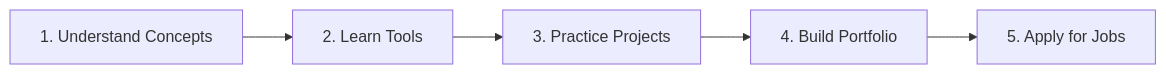
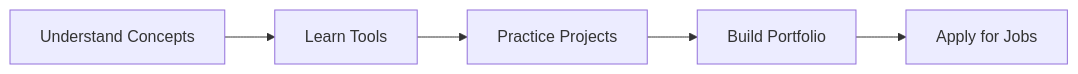
Before and after one commit to hansAndrianiaina/DataAnalyticsFondamentals: the second of 2 diagrams in README.md, drawn with Mermaid.

Commit message:
Refine flowchart in README for suggested learning path clarity

````diff
--- a/README.md
+++ b/README.md
@@ -164,8 +164,8 @@
 ```mermaid
 flowchart LR
-    A[1. Understand Concepts] --> B[2. Learn Tools]
-    B --> C[3. Practice Projects]
-    C --> D[4. Build Portfolio]
-    D --> E[5. Apply for Jobs]
+    A[Understand Concepts] --> B[Learn Tools]
+    B --> C[Practice Projects]
+    C --> D[Build Portfolio]
+    D --> E[Apply for Jobs]
 
 ```
````
